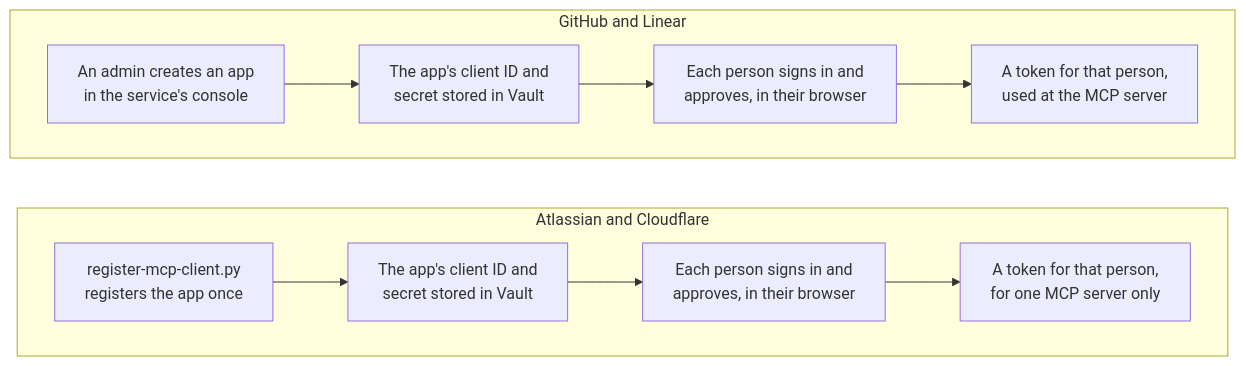
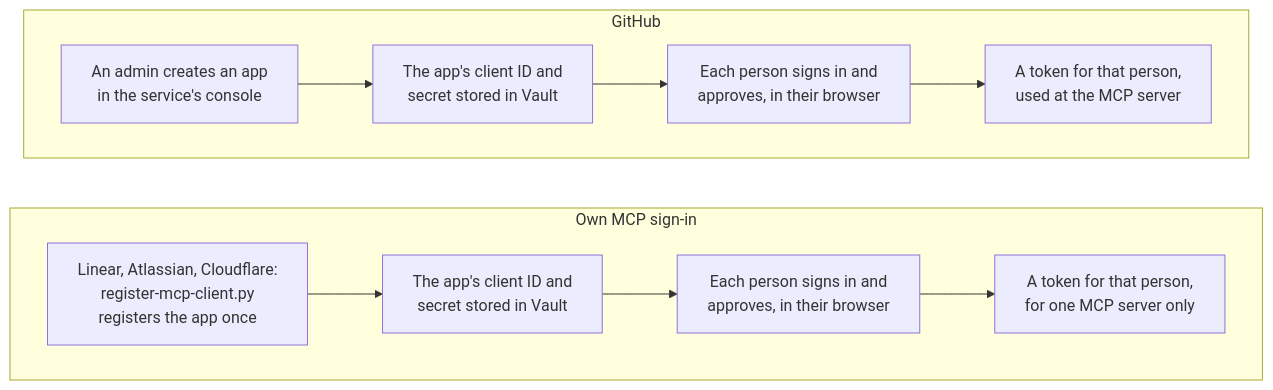
One commit to chief-builder/vendor-token-broker changed the fourth of 5 diagrams in docs/overview.md. Above: the diagram before and after it, drawn with Mermaid. The commit also changed other lines of this file and 9 other files, not shown here.

Commit message:
docs: describe Linear's own MCP sign-in and two-token revocation

````diff
--- a/docs/overview.md
+++ b/docs/overview.md
@@ -107,16 +107,16 @@
 ```mermaid
 flowchart TB
-    subgraph A["GitHub and Linear"]
+    subgraph A["GitHub"]
         direction LR
         A1["An admin creates an app<br/>in the service's console"] --> A2["The app's client ID and<br/>secret stored in Vault"]
         A2 --> A4["Each person signs in and<br/>approves, in their browser"]
         A4 --> A3["A token for that person,<br/>used at the MCP server"]
     end
-    subgraph M["Atlassian and Cloudflare"]
+    subgraph M["Own MCP sign-in"]
         direction LR
-        M1["register-mcp-client.py<br/>registers the app once"] --> M2["The app's client ID and<br/>secret stored in Vault"]
+        M1["Linear, Atlassian, Cloudflare:<br/>register-mcp-client.py<br/>registers the app once"] --> M2["The app's client ID and<br/>secret stored in Vault"]
         M2 --> M5["Each person signs in and<br/>approves, in their browser"]
         M5 --> M4["A token for that person,<br/>for one MCP server only"]
     end
     A ~~~ M
 ```
````
